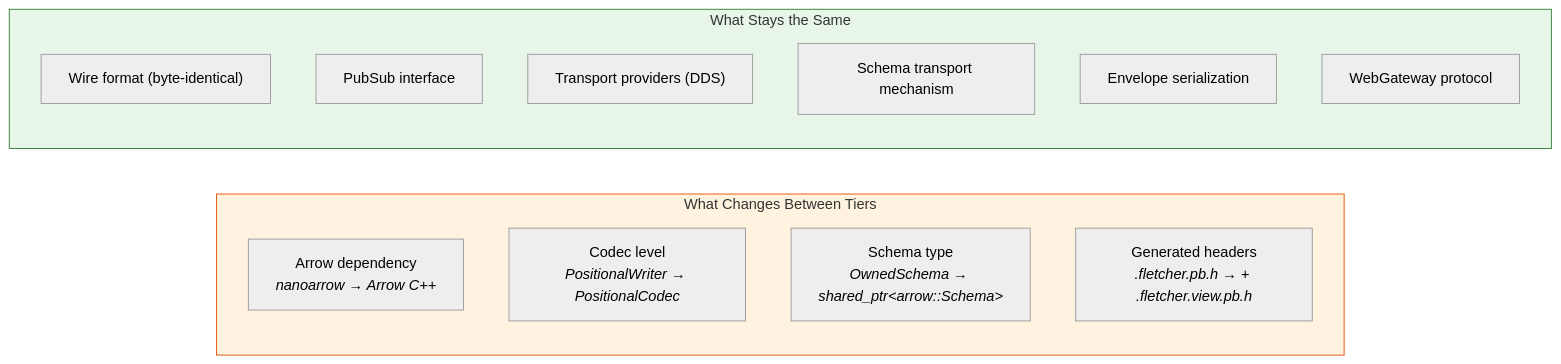
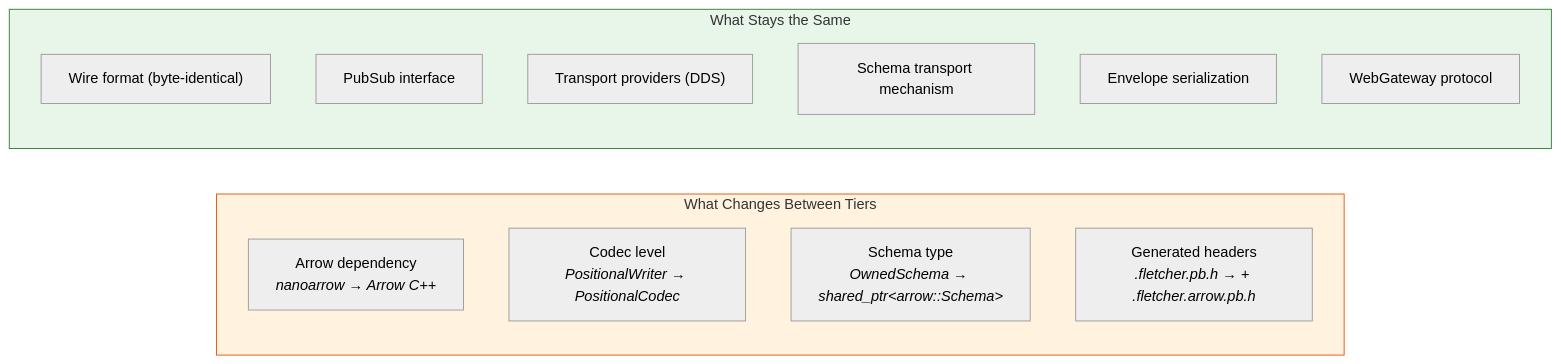
One commit to eivacom/Fletcher changed the fourth of 5 diagrams in docs/component-diagram.md. Above: the diagram before and after it, drawn with Mermaid (neutral theme). The commit also changed other lines of this file and 7 other files, not shown here.

First line of the commit message:
Rename .fletcher.view.pb.h to .fletcher.arrow.pb.h, add ToArrowRow() free functions

````diff
--- a/docs/component-diagram.md
+++ b/docs/component-diagram.md
@@ -147,23 +147,23 @@
 ```mermaid
 graph LR
     subgraph config ["What Changes Between Tiers"]
         direction TB
         C1["Arrow dependency<br/><i>nanoarrow → Arrow C++</i>"]
         C2["Codec level<br/><i>PositionalWriter → PositionalCodec</i>"]
         C3["Schema type<br/><i>OwnedSchema → shared_ptr&lt;arrow::Schema&gt;</i>"]
-        C4["Generated headers<br/><i>.fletcher.pb.h → + .fletcher.view.pb.h</i>"]
+        C4["Generated headers<br/><i>.fletcher.pb.h → + .fletcher.arrow.pb.h</i>"]
     end
 
     subgraph invariant ["What Stays the Same"]
         direction TB
         I1["Wire format (byte-identical)"]
         I2["PubSub interface"]
         I3["Transport providers (DDS)"]
         I4["Schema transport mechanism"]
         I5["Envelope serialization"]
         I6["WebGateway protocol"]
     end
 
     style config fill:#fff3e0,stroke:#e65100
     style invariant fill:#e8f5e9,stroke:#2e7d32
 ```
````
